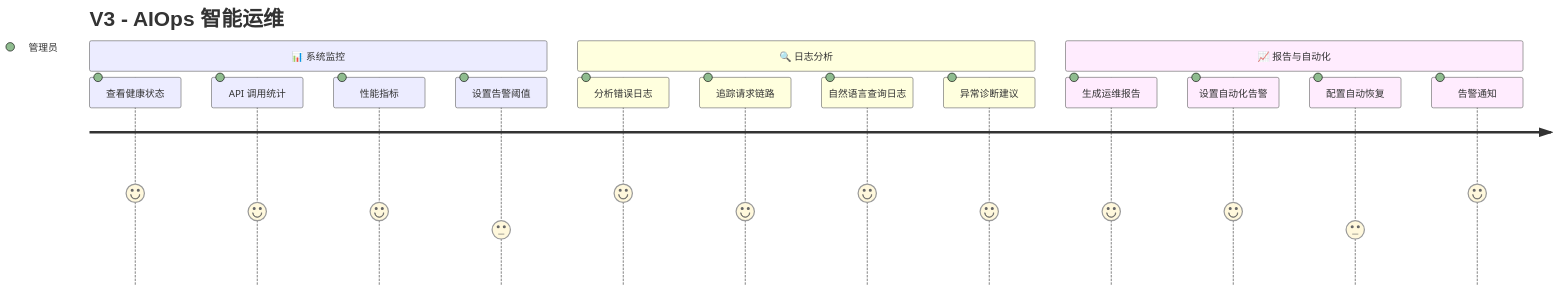
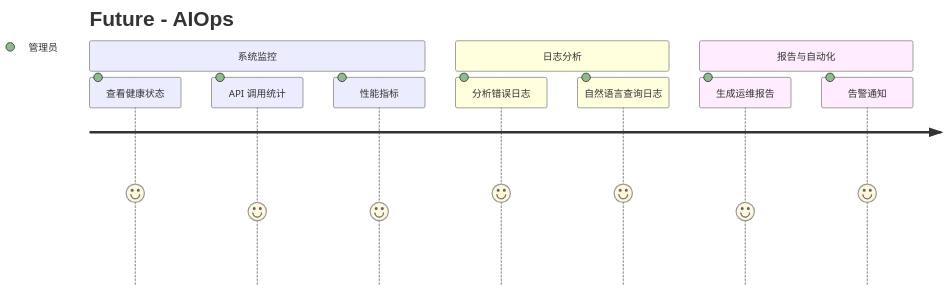
One commit to felixzhu97/explore-ai changed diagram 14 of 14 in docs/User-Story-Map.md. Above: the diagram before and after it, drawn with Mermaid. The commit also changed other lines of this file and 13 other files, not shown here.

````diff
--- a/docs/User-Story-Map.md
+++ b/docs/User-Story-Map.md
@@ -190,19 +374,14 @@
 ```mermaid
 journey
-    title V3 - AIOps 智能运维
-    section 📊 系统监控
+    title Future - AIOps
+    section 系统监控
         查看健康状态: 5: 管理员
         API 调用统计: 4: 管理员
         性能指标: 4: 管理员
-        设置告警阈值: 3: 管理员
-    section 🔍 日志分析
+    section 日志分析
         分析错误日志: 5: 管理员
-        追踪请求链路: 4: 管理员
         自然语言查询日志: 5: 管理员
-        异常诊断建议: 4: 管理员
-    section 📈 报告与自动化
+    section 报告与自动化
         生成运维报告: 4: 管理员
-        设置自动化告警: 4: 管理员
-        配置自动恢复: 3: 管理员
         告警通知: 5: 管理员
 ```
````
